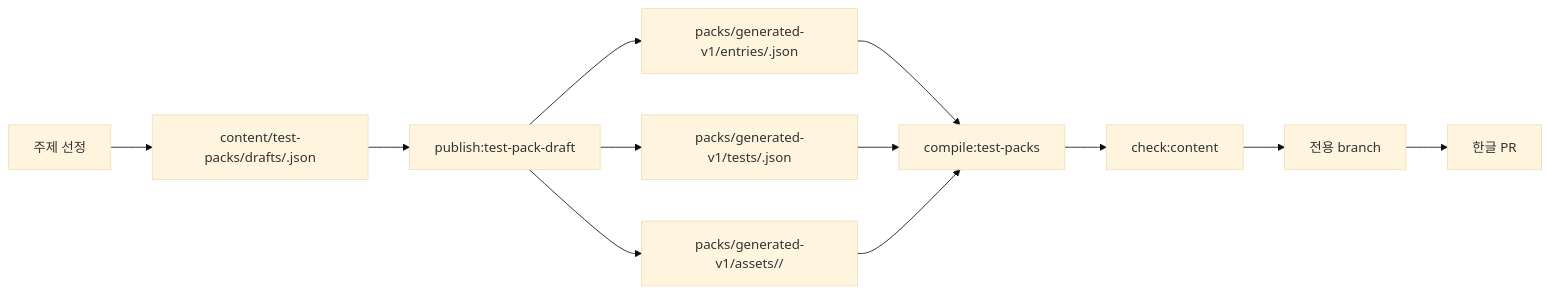
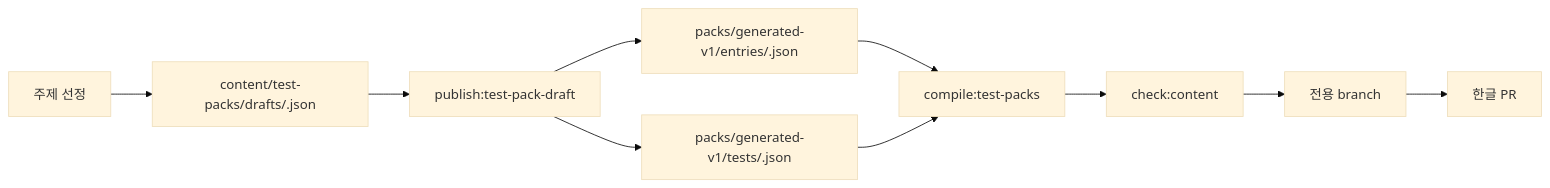
The first of 2 diagrams in docs/content-automation.md (seorilabs/trait-test-hub), drawn with Mermaid (base theme) before and after one commit. The commit also changed other lines of this file and 200 other files, not shown here.

````diff
--- a/docs/content-automation.md
+++ b/docs/content-automation.md
@@ -9,14 +9,12 @@
 ```mermaid
 flowchart LR
   Topic["주제 선정"] --> Draft["content/test-packs/drafts/<testId>.json"]
   Draft --> Publish["publish:test-pack-draft"]
   Publish --> Entry["packs/generated-v1/entries/<testId>.json"]
   Publish --> Payload["packs/generated-v1/tests/<testId>.json"]
-  Publish --> Assets["packs/generated-v1/assets/<testId>/"]
   Entry --> Compile["compile:test-packs"]
   Payload --> Compile
-  Assets --> Compile
   Compile --> Validate["check:content"]
   Validate --> Branch["전용 branch"]
   Branch --> PR["한글 PR"]
 ```
````
